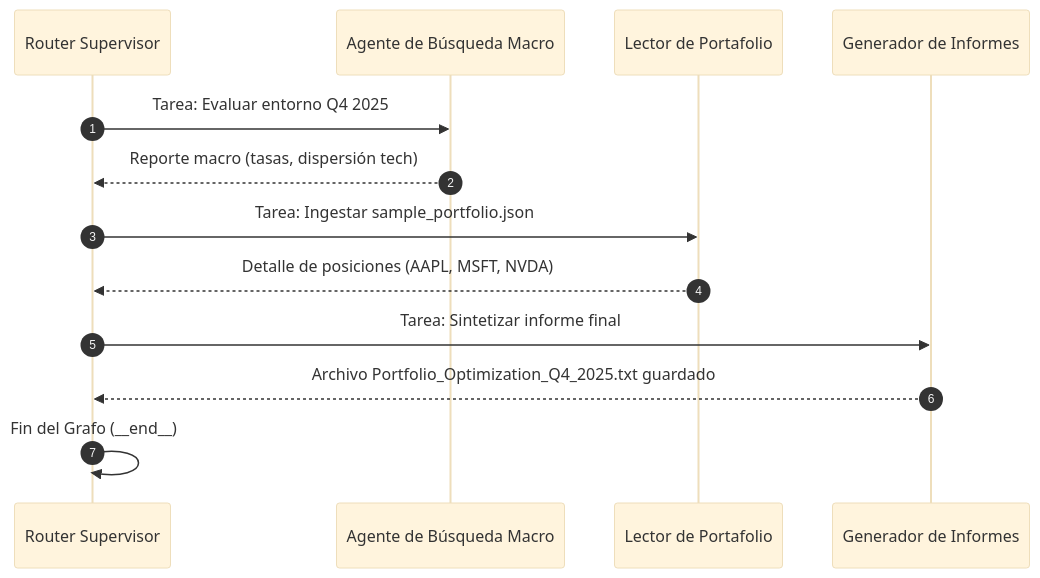
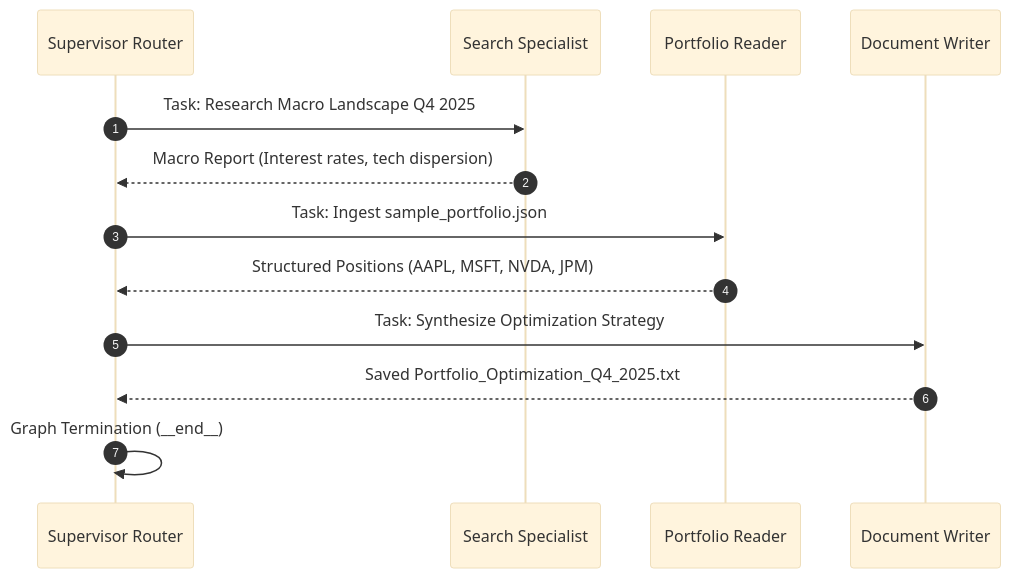
Before and after one commit to OscarTMa/ai-agents-in-practice: the third of 5 diagrams in README.md, drawn with Mermaid (base theme). The commit also changed other lines of this file, not shown here.

````diff
--- a/README.md
+++ b/README.md
@@ -126,16 +126,16 @@
 ```mermaid
 sequenceDiagram
     autonumber
-    participant Supervisor as Router Supervisor
-    participant Search as Agente de Búsqueda Macro
-    participant Reader as Lector de Portafolio
-    participant Writer as Generador de Informes
+    participant Supervisor as Supervisor Router
+    participant Search as Search Specialist
+    participant Reader as Portfolio Reader
+    participant Writer as Document Writer
 
-    Supervisor->>Search: Tarea: Evaluar entorno Q4 2025
-    Search-->>Supervisor: Reporte macro (tasas, dispersión tech)
-    Supervisor->>Reader: Tarea: Ingestar sample_portfolio.json
-    Reader-->>Supervisor: Detalle de posiciones (AAPL, MSFT, NVDA)
-    Supervisor->>Writer: Tarea: Sintetizar informe final
-    Writer-->>Supervisor: Archivo Portfolio_Optimization_Q4_2025.txt guardado
-    Supervisor->>Supervisor: Fin del Grafo (__end__)
+    Supervisor->>Search: Task: Research Macro Landscape Q4 2025
+    Search-->>Supervisor: Macro Report (Interest rates, tech dispersion)
+    Supervisor->>Reader: Task: Ingest sample_portfolio.json
+    Reader-->>Supervisor: Structured Positions (AAPL, MSFT, NVDA, JPM)
+    Supervisor->>Writer: Task: Synthesize Optimization Strategy
+    Writer-->>Supervisor: Saved Portfolio_Optimization_Q4_2025.txt
+    Supervisor->>Supervisor: Graph Termination (__end__)
 ```
````
